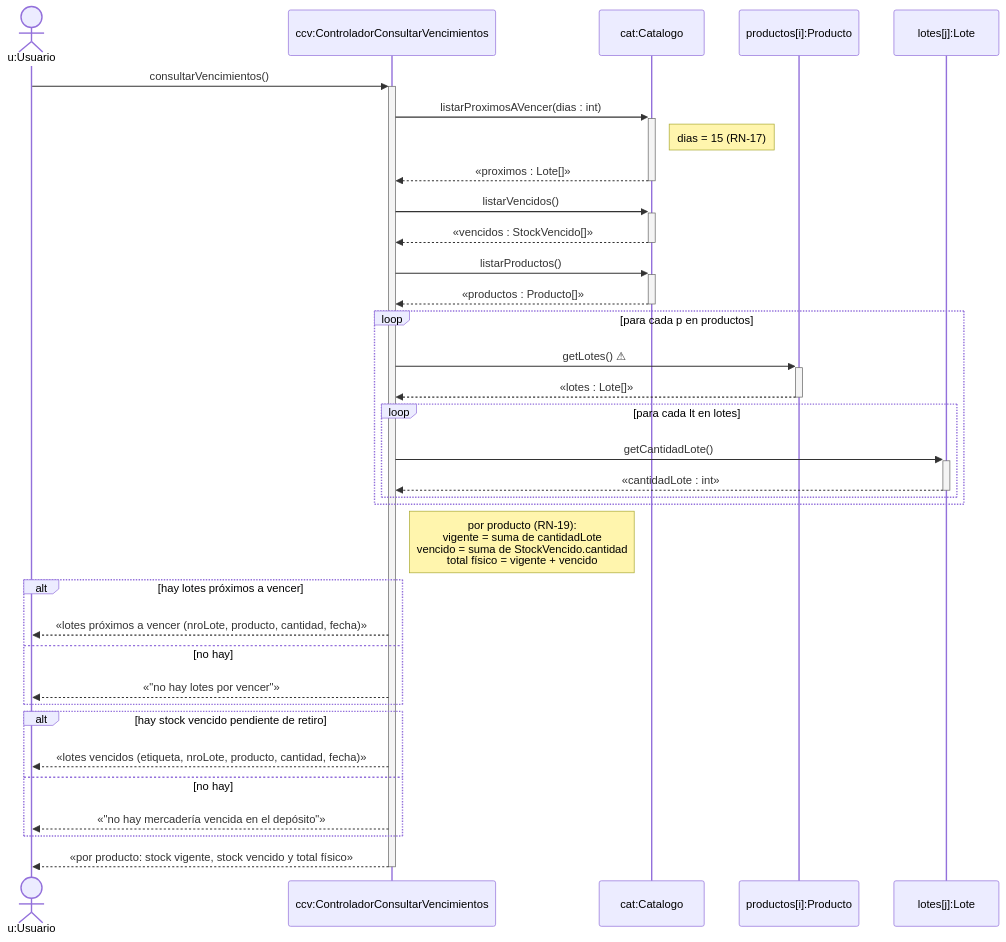
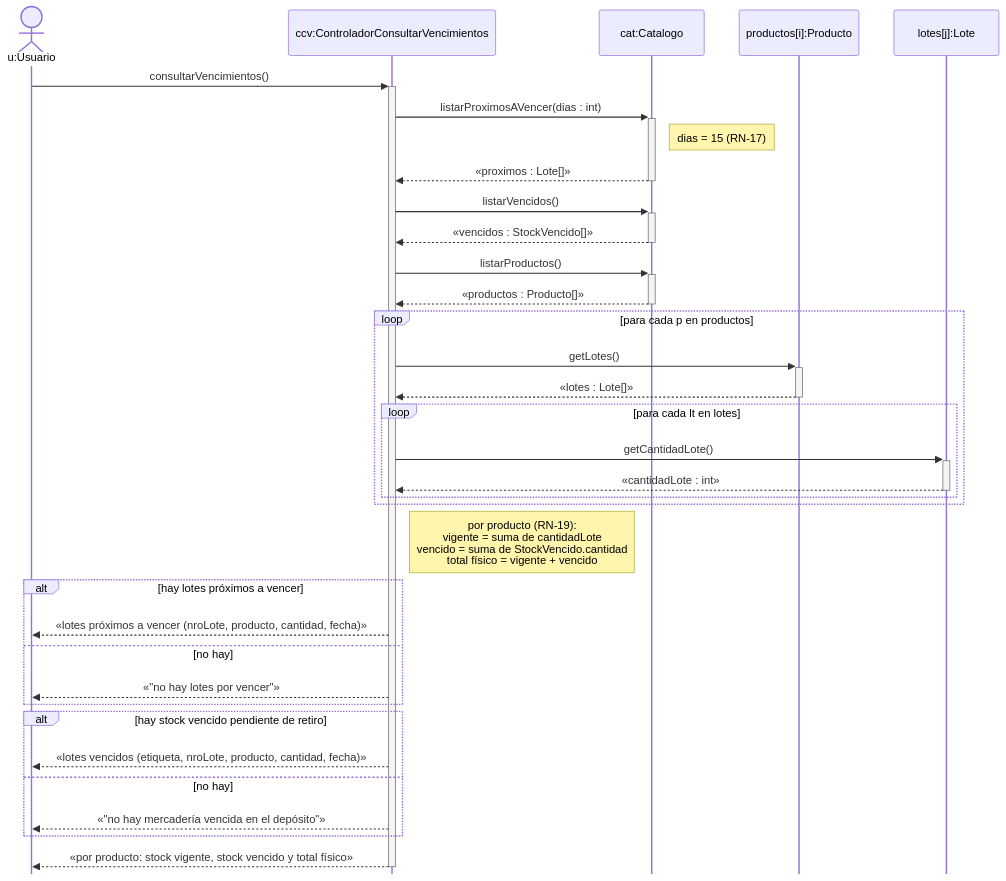
One commit to cirotop/Stock-Project changed diagram 12 of 12 in 08-Diagrama De Secuencia/Diagramas_de_Secuencia.md. Above: the diagram before and after it, drawn with Mermaid. The commit also changed other lines of this file and 2 other files, not shown here.

````diff
--- a/08-Diagrama De Secuencia/Diagramas_de_Secuencia.md
+++ b/08-Diagrama De Secuencia/Diagramas_de_Secuencia.md
@@ -413,38 +423,39 @@
 ```mermaid
+%%{init: {"sequence": {"mirrorActors": false}, "themeCSS": ".loopLine { stroke-dasharray: none !important; stroke-width: 1.5px !important; }"}}%%
 sequenceDiagram
     actor u as u:Usuario
     participant ccv as ccv:ControladorConsultarVencimientos
     participant cat as cat:Catalogo
     participant p as productos[i]:Producto
     participant lt as lotes[j]:Lote
 
     u->>+ccv: consultarVencimientos()
     ccv->>+cat: listarProximosAVencer(dias : int)
     Note right of cat: dias = 15 (RN-17)
     cat-->>-ccv: «proximos : Lote[]»
     ccv->>+cat: listarVencidos()
     cat-->>-ccv: «vencidos : StockVencido[]»
     ccv->>+cat: listarProductos()
     cat-->>-ccv: «productos : Producto[]»
     loop para cada p en productos
-        ccv->>+p: getLotes() ⚠
+        ccv->>+p: getLotes()
         p-->>-ccv: «lotes : Lote[]»
         loop para cada lt en lotes
             ccv->>+lt: getCantidadLote()
             lt-->>-ccv: «cantidadLote : int»
         end
     end
     Note right of ccv: por producto (RN-19):<br/>vigente = suma de cantidadLote<br/>vencido = suma de StockVencido.cantidad<br/>total físico = vigente + vencido
     alt hay lotes próximos a vencer
         ccv-->>u: «lotes próximos a vencer (nroLote, producto, cantidad, fecha)»
     else no hay
         ccv-->>u: «"no hay lotes por vencer"»
     end
     alt hay stock vencido pendiente de retiro
         ccv-->>u: «lotes vencidos (etiqueta, nroLote, producto, cantidad, fecha)»
     else no hay
         ccv-->>u: «"no hay mercadería vencida en el depósito"»
     end
     ccv-->>u: «por producto: stock vigente, stock vencido y total físico»
     deactivate ccv
 ```
````
